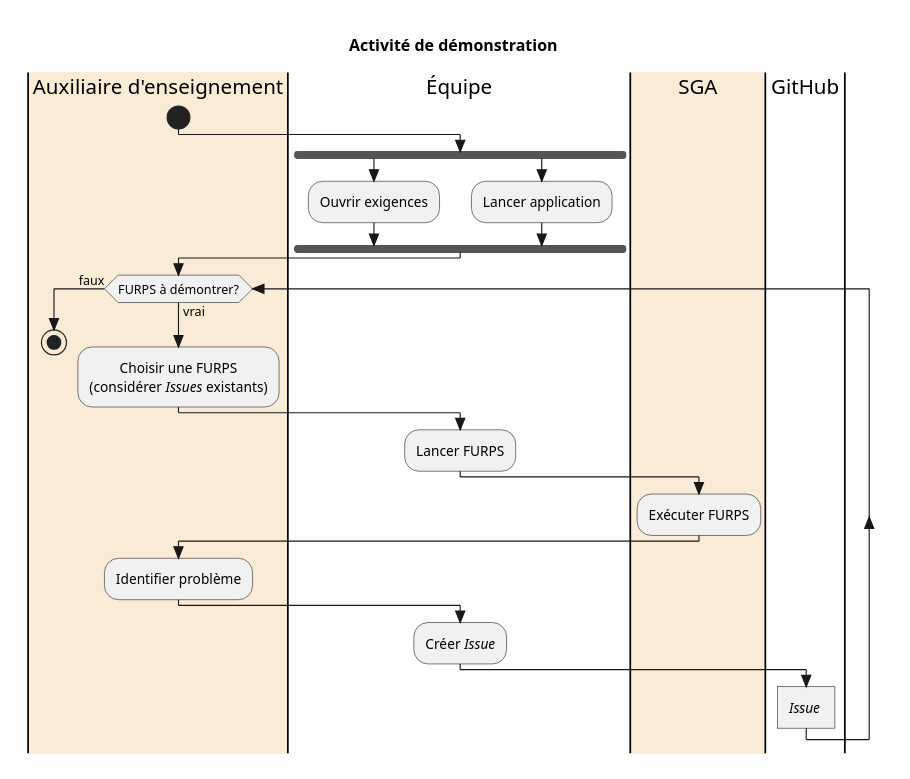
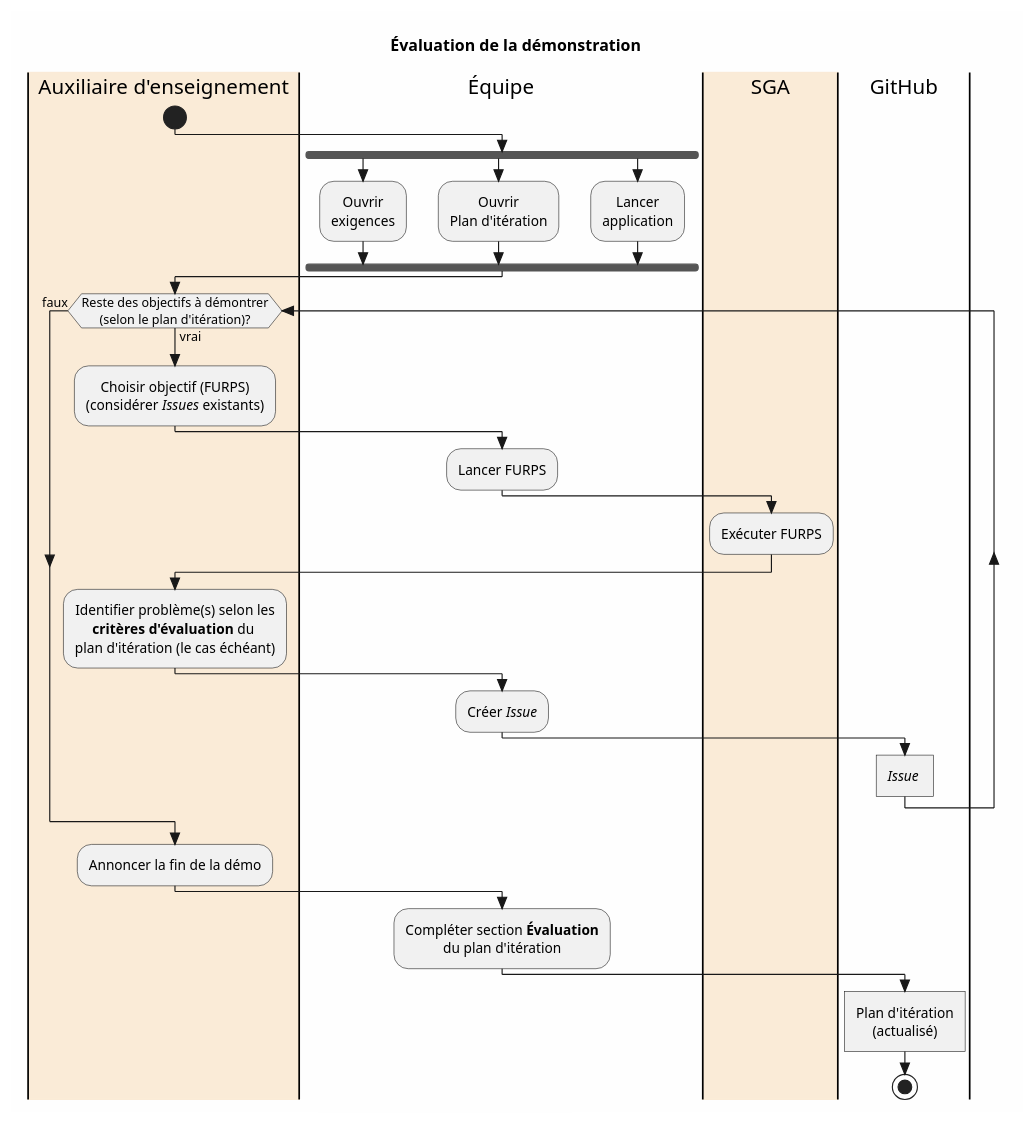
One commit to profcfuhrmanets/log210-enonce-lab1 changed the first of 6 diagrams in README.puml. Above: the diagram before and after it, drawn with PlantUML. The commit also changed other lines of this file and 4 other files, not shown here.

```diff
--- a/README.puml
+++ b/README.puml
@@ -1,31 +1,45 @@
 @startuml activite-demonstration
-title Activité de démonstration
+title Évaluation de la démonstration
 skinparam style strictuml
 skinparam DefaultTextAlignment center
 skinparam BackgroundColor #fefefe
 |#AntiqueWhite|Auxiliaire d'enseignement|
 start
 |Équipe|
 fork
-:Ouvrir exigences;
+:Ouvrir
+exigences;
 fork again
-:Lancer application;
+:Ouvrir
+Plan d'itération;
+fork again
+:Lancer
+application;
 end fork
 |Auxiliaire d'enseignement|
-while (FURPS à démontrer?) is (vrai)
-:Choisir une FURPS
+while (Reste des objectifs à démontrer\n(selon le plan d'itération)?) is (vrai)
+:Choisir objectif (FURPS)
 (considérer //Issues// existants);
 |Équipe|
 :Lancer FURPS;
 |#AntiqueWhite|SGA|
 :Exécuter FURPS;
 |Auxiliaire d'enseignement|
-:Identifier problème;
+:Identifier problème(s) selon les
+**critères d'évaluation** du 
+plan d'itération (le cas échéant);
 |Équipe|
 :Créer //Issue//;
 |GitHub|
 ://Issue// ]
 endwhile (faux)
 |Auxiliaire d'enseignement|
+:Annoncer la fin de la démo;
+|Équipe|
+:Compléter section **Évaluation**
+du plan d'itération;
+|GitHub|
+:Plan d'itération
+(actualisé)]
 stop
 @enduml
```
